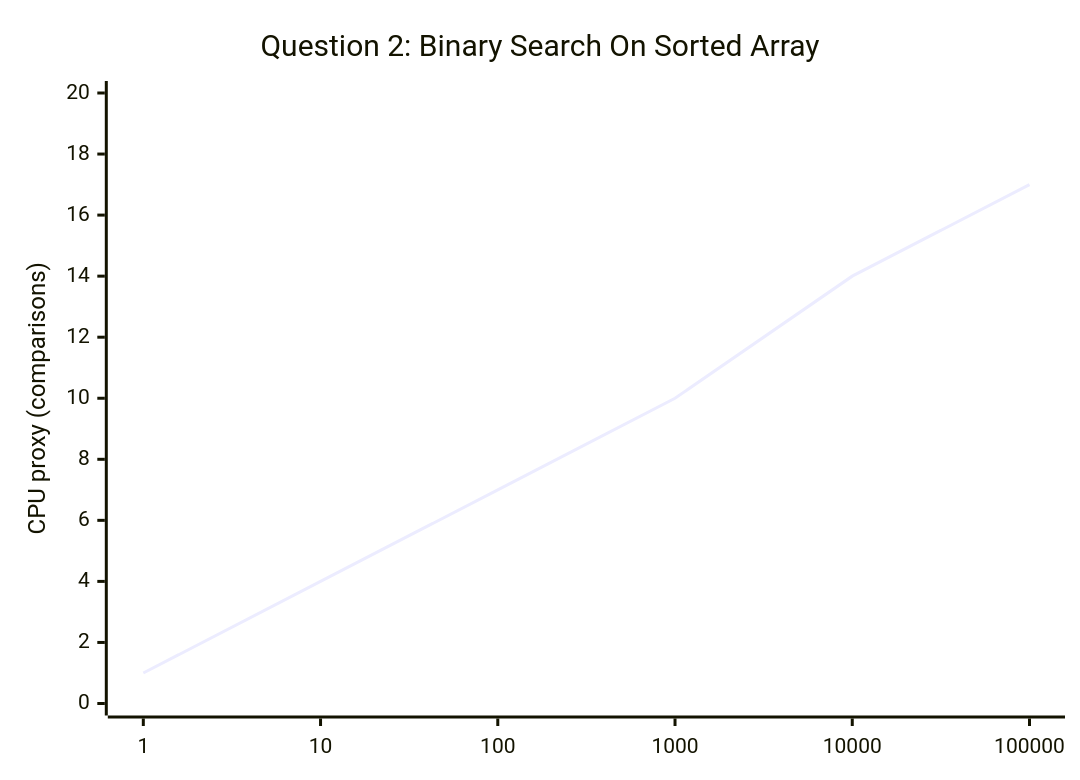
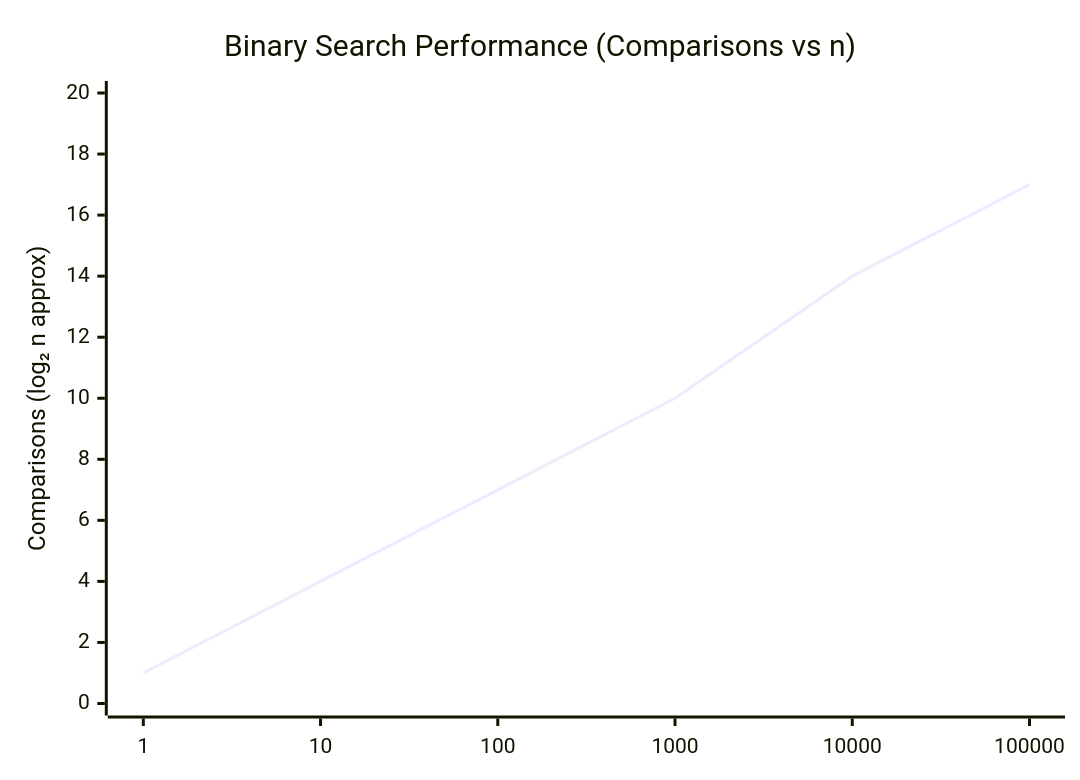
The second of 5 diagrams in BinarySearch(Sorting)/README.md (Vortex-16/DAA), drawn with Mermaid before and after one commit. The commit also changed other lines of this file and 2 other files, not shown here.

Commit message:
BinarySearch(Sorting) Q1. Input Output Updated

````diff
--- a/BinarySearch(Sorting)/README.md
+++ b/BinarySearch(Sorting)/README.md
@@ -183,7 +253,7 @@
 ```mermaid
 xychart-beta
-    title "Question 2: Binary Search On Sorted Array"
+    title "Binary Search Performance (Comparisons vs n)"
     x-axis ["1", "10", "100", "1000", "10000", "100000"]
-    y-axis "CPU proxy (comparisons)" 0 --> 20
+    y-axis "Comparisons (log₂ n approx)" 0 --> 20
     line [1, 4, 7, 10, 14, 17]
 ```
````
